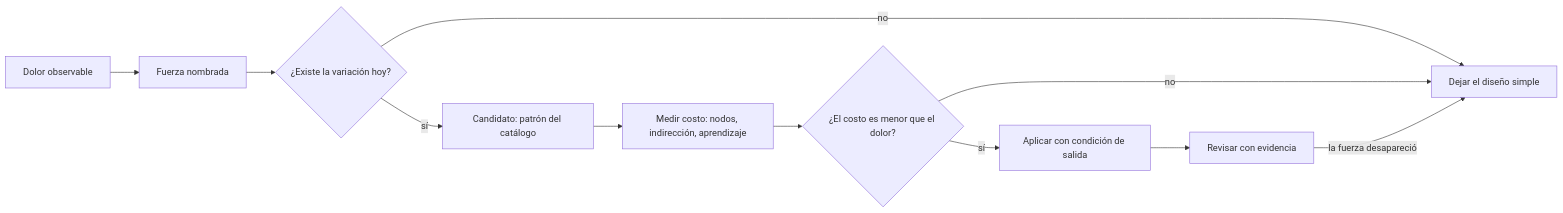
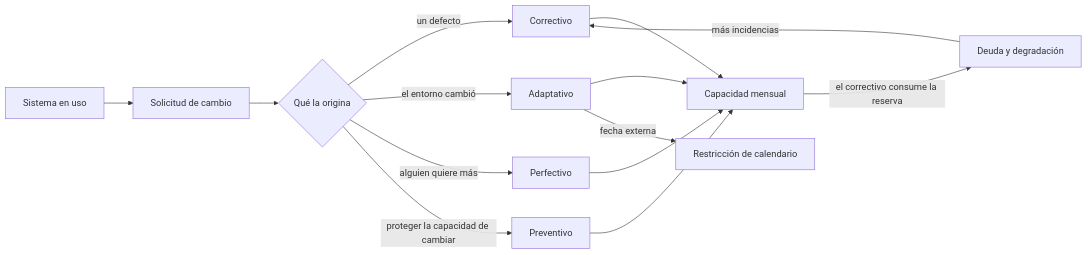
One commit to vladimiracunadev-create/modern-software-engineering-program changed the diagram in content/part-43/SE-517.md. Above: the diagram before and after it, drawn with Mermaid. The commit also changed other lines of this file and 5193 other files, not shown here.

````diff
--- a/content/part-43/SE-517.md
+++ b/content/part-43/SE-517.md
@@ -57,13 +55,16 @@
 ```mermaid
 flowchart LR
-    A[Dolor observable] --> B[Fuerza nombrada]
-    B --> C{¿Existe la variación hoy?}
-    C -->|no| D[Dejar el diseño simple]
-    C -->|sí| E[Candidato: patrón del catálogo]
-    E --> F[Medir costo: nodos, indirección, aprendizaje]
-    F --> G{¿El costo es menor que el dolor?}
-    G -->|no| D
-    G -->|sí| H[Aplicar con condición de salida]
-    H --> I[Revisar con evidencia]
-    I -->|la fuerza desapareció| D
+    A[Sistema en uso] --> B[Solicitud de cambio]
+    B --> C{Qué la origina}
+    C -->|un defecto| D[Correctivo]
+    C -->|el entorno cambió| E[Adaptativo]
+    C -->|alguien quiere más| F[Perfectivo]
+    C -->|proteger la capacidad de cambiar| G[Preventivo]
+    D --> H[Capacidad mensual]
+    E --> H
+    F --> H
+    G --> H
+    H -->|el correctivo consume la reserva| I[Deuda y degradación]
+    I -->|más incidencias| D
+    E -->|fecha externa| J[Restricción de calendario]
 ```
````
